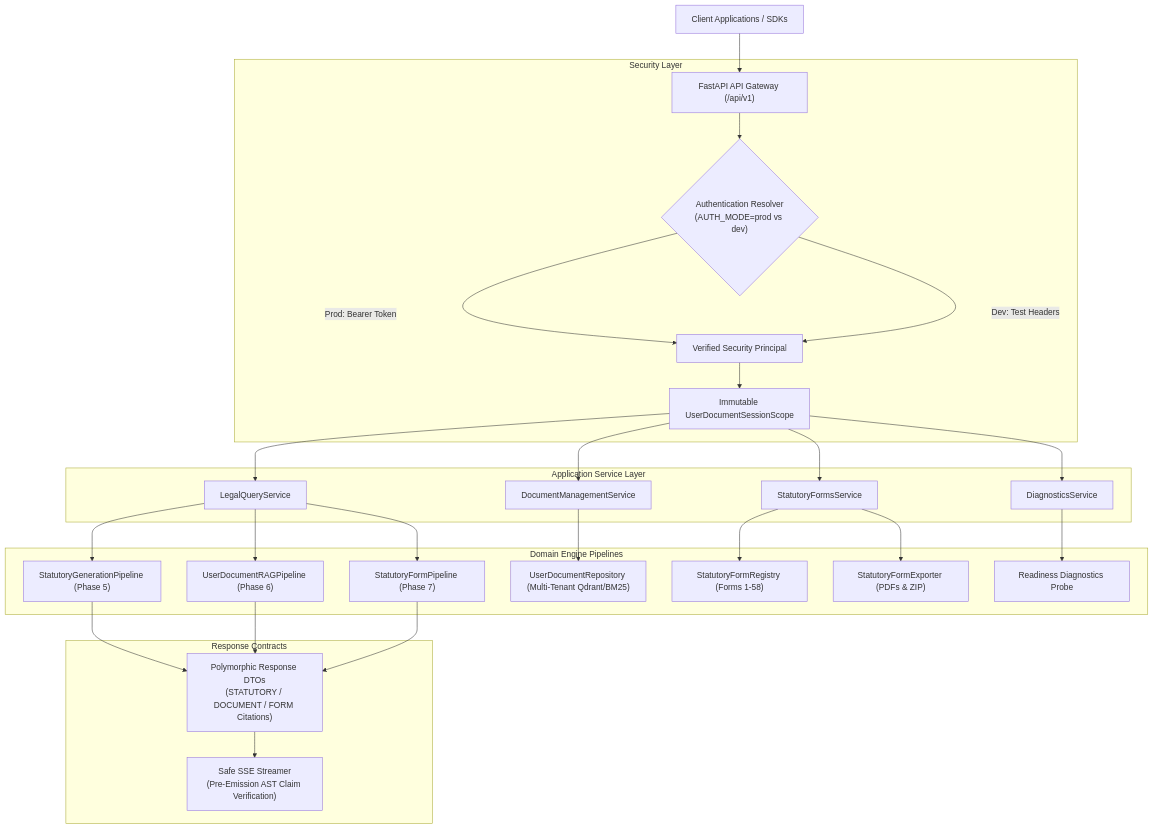
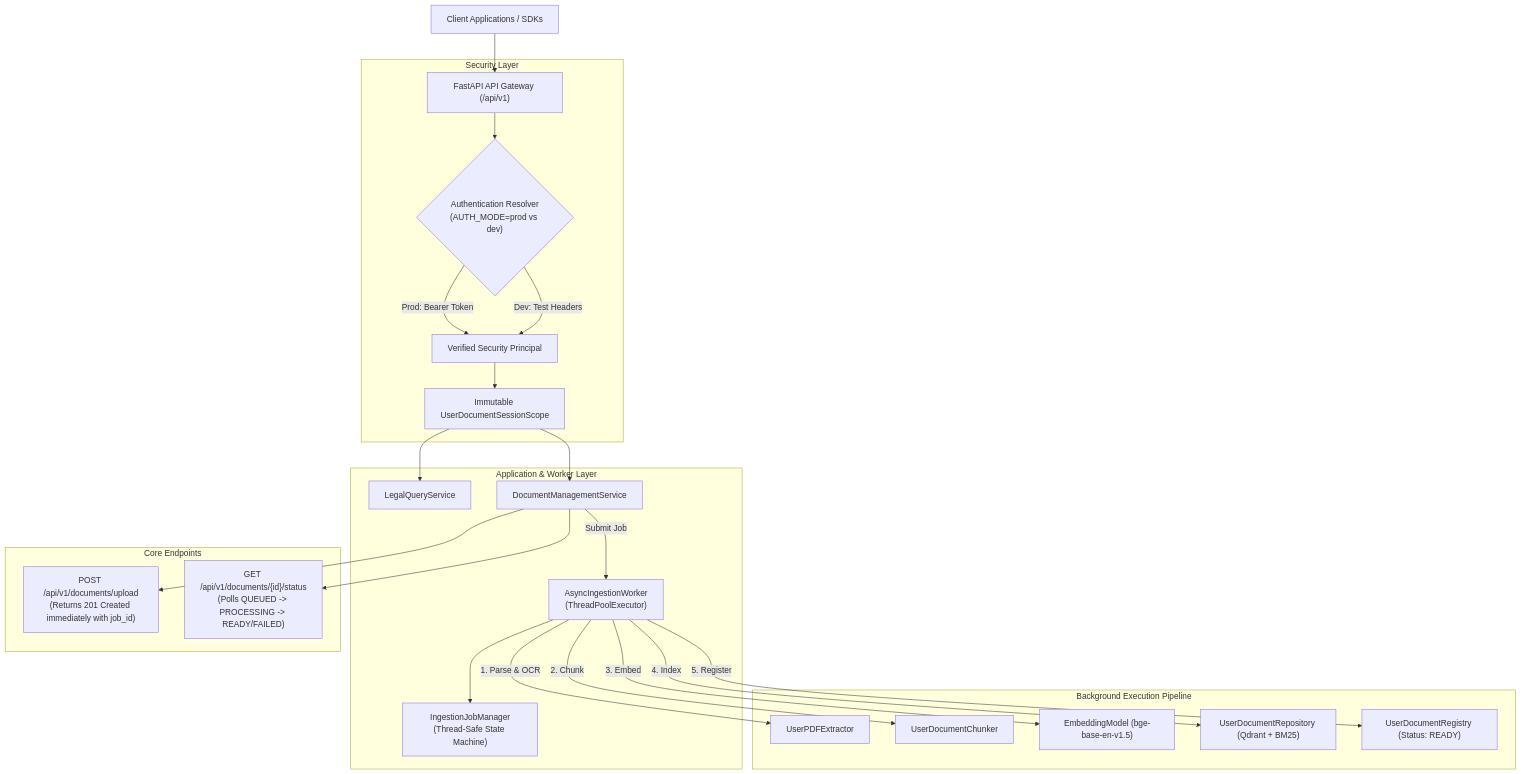
Before and after one commit to dhiraj-pakhare/nyaya-legal-rag: the seventh of 7 diagrams in ARCHITECTURE.md, drawn with Mermaid. The commit also changed other lines of this file and 10 other files, not shown here.

Commit message:
feat: add asynchronous document ingestion

````diff
--- a/ARCHITECTURE.md
+++ b/ARCHITECTURE.md
@@ -351,33 +349,31 @@
 ```mermaid
 graph TD
     Client["Client Applications / SDKs"] --> Gateway["FastAPI API Gateway (/api/v1)"]
     
     subgraph Security Layer
         Gateway --> Auth{"Authentication Resolver<br>(AUTH_MODE=prod vs dev)"}
         Auth -->|Prod: Bearer Token| Principal["Verified Security Principal"]
         Auth -->|Dev: Test Headers| Principal
         Principal --> Scope["Immutable UserDocumentSessionScope"]
     end
     
-    subgraph Application Service Layer
+    subgraph Application & Worker Layer
         Scope --> QService["LegalQueryService"]
         Scope --> DService["DocumentManagementService"]
-        Scope --> FService["StatutoryFormsService"]
-        Scope --> DiagService["DiagnosticsService"]
+        DService -->|Submit Job| Worker["AsyncIngestionWorker<br>(ThreadPoolExecutor)"]
+        Worker --> JobStore["IngestionJobManager<br>(Thread-Safe State Machine)"]
     end
     
-    subgraph Domain Engine Pipelines
-        QService --> StatPipe["StatutoryGenerationPipeline (Phase 5)"]
-        QService --> DocPipe["UserDocumentRAGPipeline (Phase 6)"]
-        QService --> FormPipe["StatutoryFormPipeline (Phase 7)"]
-        DService --> DocRepo["UserDocumentRepository (Multi-Tenant Qdrant/BM25)"]
-        FService --> FormReg["StatutoryFormRegistry (Forms 1-58)"]
-        FService --> FormExport["StatutoryFormExporter (PDFs & ZIP)"]
-        DiagService --> ReadyProbe["Readiness Diagnostics Probe"]
+    subgraph Background Execution Pipeline
+        Worker -->|1. Parse & OCR| Extractor["UserPDFExtractor"]
+        Worker -->|2. Chunk| Chunker["UserDocumentChunker"]
+        Worker -->|3. Embed| Embedder["EmbeddingModel (bge-base-en-v1.5)"]
+        Worker -->|4. Index| DocRepo["UserDocumentRepository (Qdrant + BM25)"]
+        Worker -->|5. Register| Registry["UserDocumentRegistry (Status: READY)"]
     end
     
-    subgraph Response Contracts
-        StatPipe & DocPipe & FormPipe --> DTO["Polymorphic Response DTOs<br>(STATUTORY / DOCUMENT / FORM Citations)"]
-        DTO --> Streamer["Safe SSE Streamer<br>(Pre-Emission AST Claim Verification)"]
+    subgraph Core Endpoints
+        DService --> UploadEP["POST /api/v1/documents/upload<br>(Returns 201 Created immediately with job_id)"]
+        DService --> StatusEP["GET /api/v1/documents/{id}/status<br>(Polls QUEUED -> PROCESSING -> READY/FAILED)"]
     end
 ```
````
